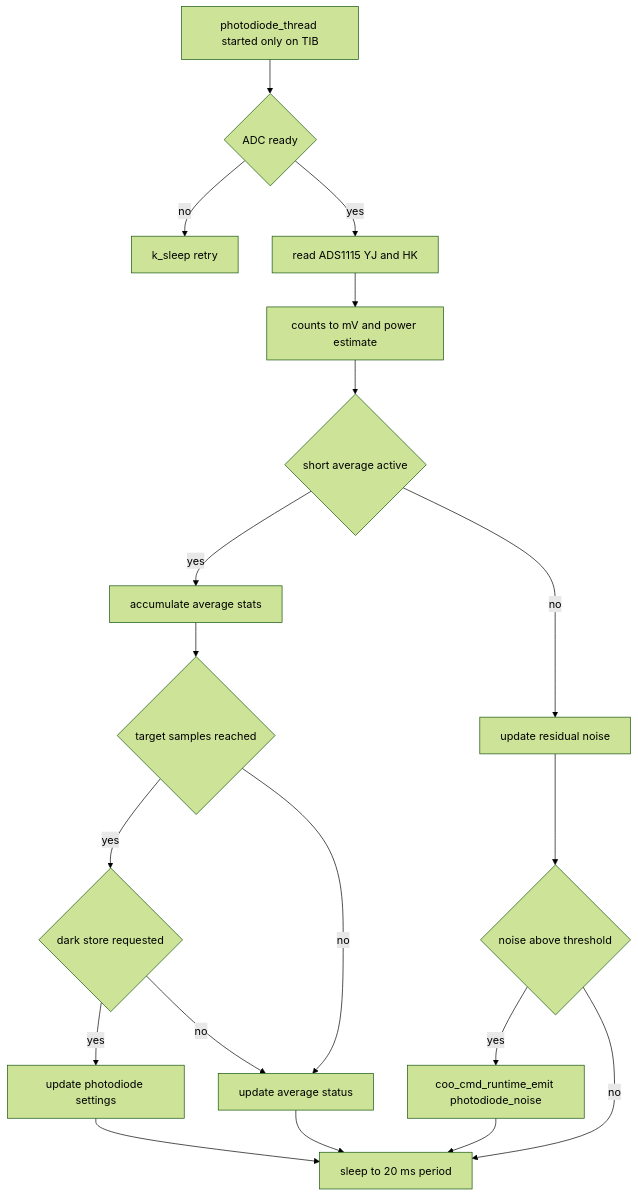
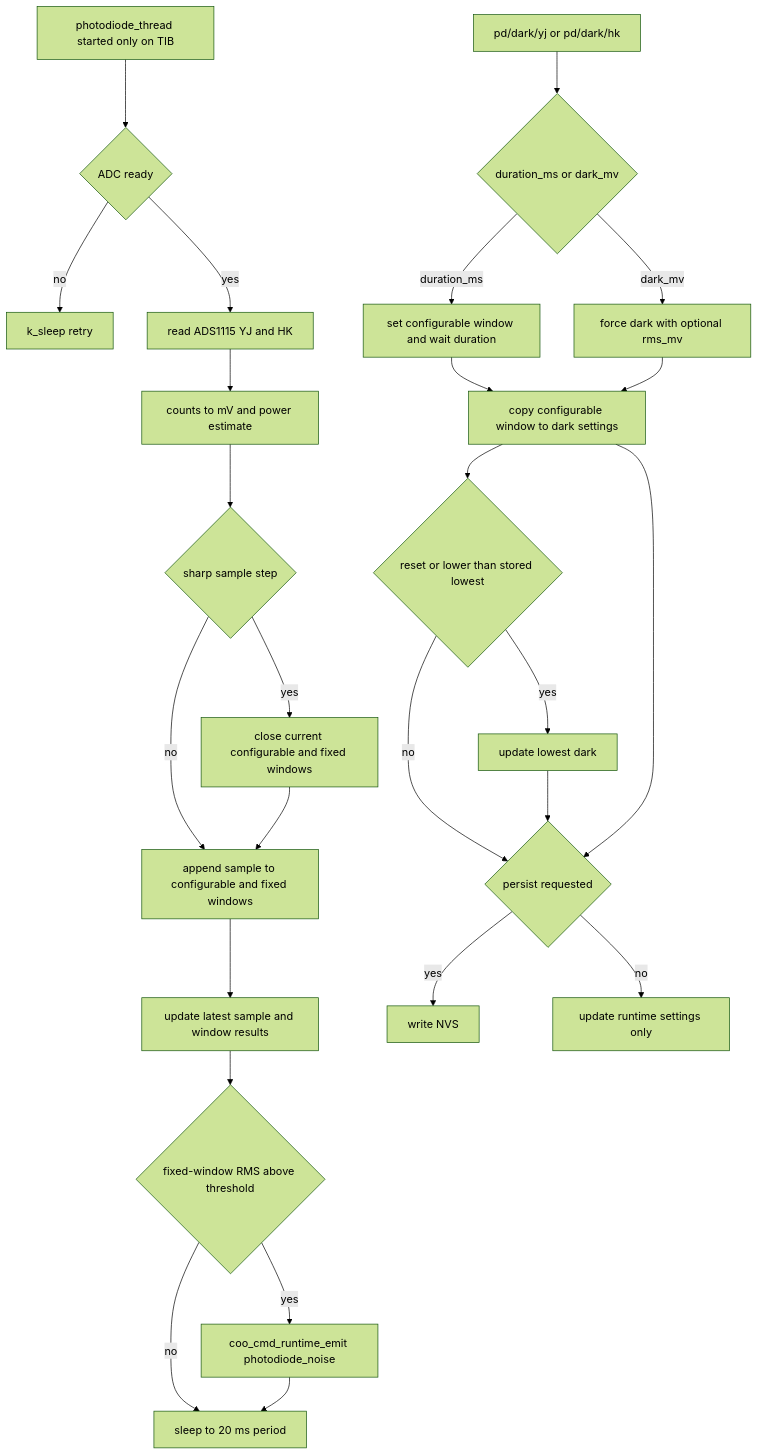
One commit to COO-Utilities/hispec-tib changed the tenth of 22 diagrams in doc/diagrams.md. Above: the diagram before and after it, drawn with Mermaid (forest theme). The commit also changed 21 other files, not shown here.

Commit message:
Document attenuator calibration flow, bridge normalization, and firmware state machine. Update command, telemetry, and dark measurement details. Expand Jupyter lab notebook with improved sampling and acquisition logic.

````diff
--- a/doc/diagrams.md
+++ b/doc/diagrams.md
@@ -198,21 +198,30 @@
 ```mermaid
 flowchart TD
   Thread[photodiode_thread started only on TIB] --> Adc{ADC ready}
   Adc -- no --> Sleep[k_sleep retry]
   Adc -- yes --> Sample[read ADS1115 YJ and HK]
   Sample --> Convert[counts to mV and power estimate]
-  Convert --> Average{short average active}
-  Average -- yes --> Accumulate[accumulate average stats]
-  Accumulate --> Complete{target samples reached}
-  Complete -- yes --> Store{dark store requested}
-  Store -- yes --> Persist[update photodiode settings]
-  Store -- no --> Status[update average status]
-  Complete -- no --> Status
-  Average -- no --> Noise[update residual noise]
-  Status --> SleepPeriod[sleep to 20 ms period]
-  Persist --> SleepPeriod
-  Noise --> Warn{noise above threshold}
+  Convert --> Step{sharp sample step}
+  Step -- yes --> Close[close current configurable and fixed windows]
+  Step -- no --> Windows
+  Close --> Windows[append sample to configurable and fixed windows]
+  Windows --> Status[update latest sample and window results]
+  Status --> Warn{fixed-window RMS above threshold}
   Warn -- yes --> Emit[coo_cmd_runtime_emit photodiode_noise]
   Warn -- no --> SleepPeriod
   Emit --> SleepPeriod
+  SleepPeriod[sleep to 20 ms period]
+
+  DarkCmd[pd/dark/yj or pd/dark/hk] --> DarkMode{duration_ms or dark_mv}
+  DarkMode -- duration_ms --> Measure[set configurable window and wait duration]
+  Measure --> Commit[copy configurable window to dark settings]
+  DarkMode -- dark_mv --> Force[force dark with optional rms_mv]
+  Force --> Commit
+  Commit --> Lowest{reset or lower than stored lowest}
+  Lowest -- yes --> LowestStore[update lowest dark]
+  Lowest -- no --> Persist
+  LowestStore --> Persist
+  Commit --> Persist{persist requested}
+  Persist -- yes --> NVS[write NVS]
+  Persist -- no --> Runtime[update runtime settings only]
 ```
````
